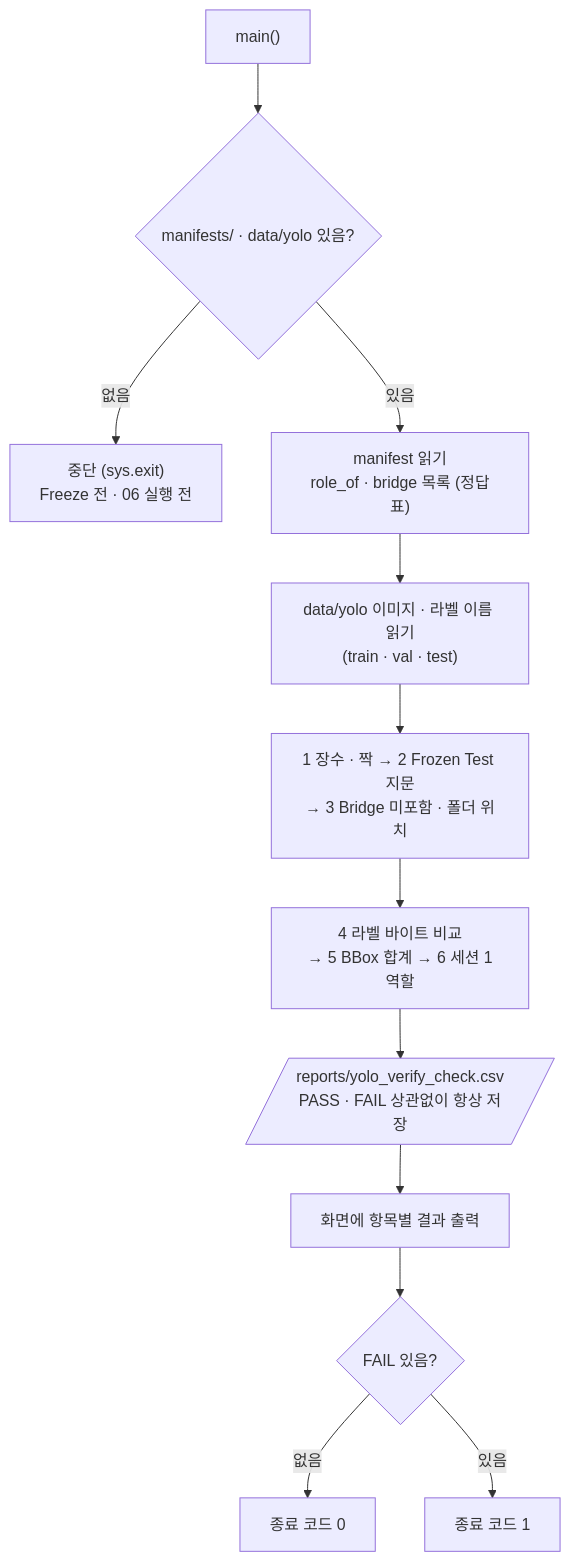
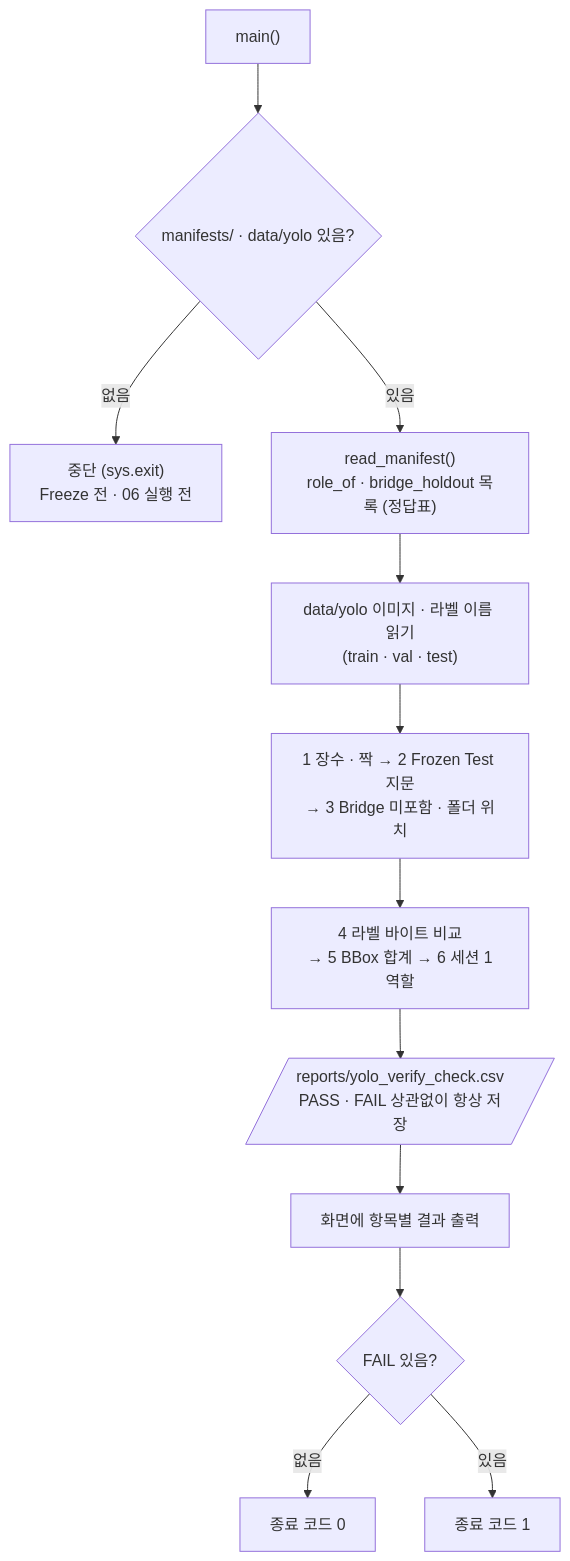
One commit to howolcat/prj2026.10 changed the diagram in prj08/docs/code_review/scripts/07_verify_yolo_dataset.md. Above: the diagram before and after it, drawn with Mermaid. The commit also changed other lines of this file and 13 other files, not shown here.

````diff
--- a/prj08/docs/code_review/scripts/07_verify_yolo_dataset.md
+++ b/prj08/docs/code_review/scripts/07_verify_yolo_dataset.md
@@ -33,14 +34,14 @@
 ```mermaid
 flowchart TD
     A["main()"] --> B{"manifests/ · data/yolo 있음?"}
     B -->|없음| X["중단 (sys.exit)<br/>Freeze 전 · 06 실행 전"]
-    B -->|있음| C["manifest 읽기<br/>role_of · bridge 목록 (정답표)"]
+    B -->|있음| C["read_manifest()<br/>role_of · bridge_holdout 목록 (정답표)"]
     C --> D["data/yolo 이미지 · 라벨 이름 읽기<br/>(train · val · test)"]
     D --> E["1 장수 · 짝 → 2 Frozen Test 지문<br/>→ 3 Bridge 미포함 · 폴더 위치"]
     E --> F["4 라벨 바이트 비교<br/>→ 5 BBox 합계 → 6 세션 1역할"]
     F --> G[/"reports/yolo_verify_check.csv<br/>PASS · FAIL 상관없이 항상 저장"/]
     G --> H["화면에 항목별 결과 출력"]
     H --> I{"FAIL 있음?"}
     I -->|없음| J["종료 코드 0"]
     I -->|있음| K["종료 코드 1"]
 ```
````
